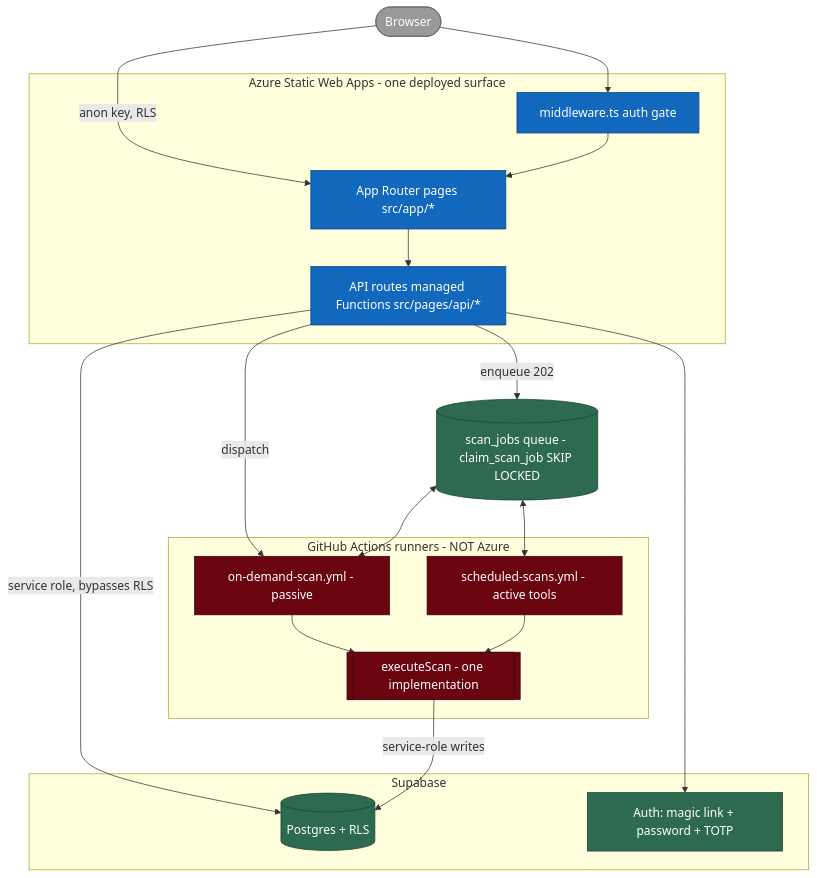
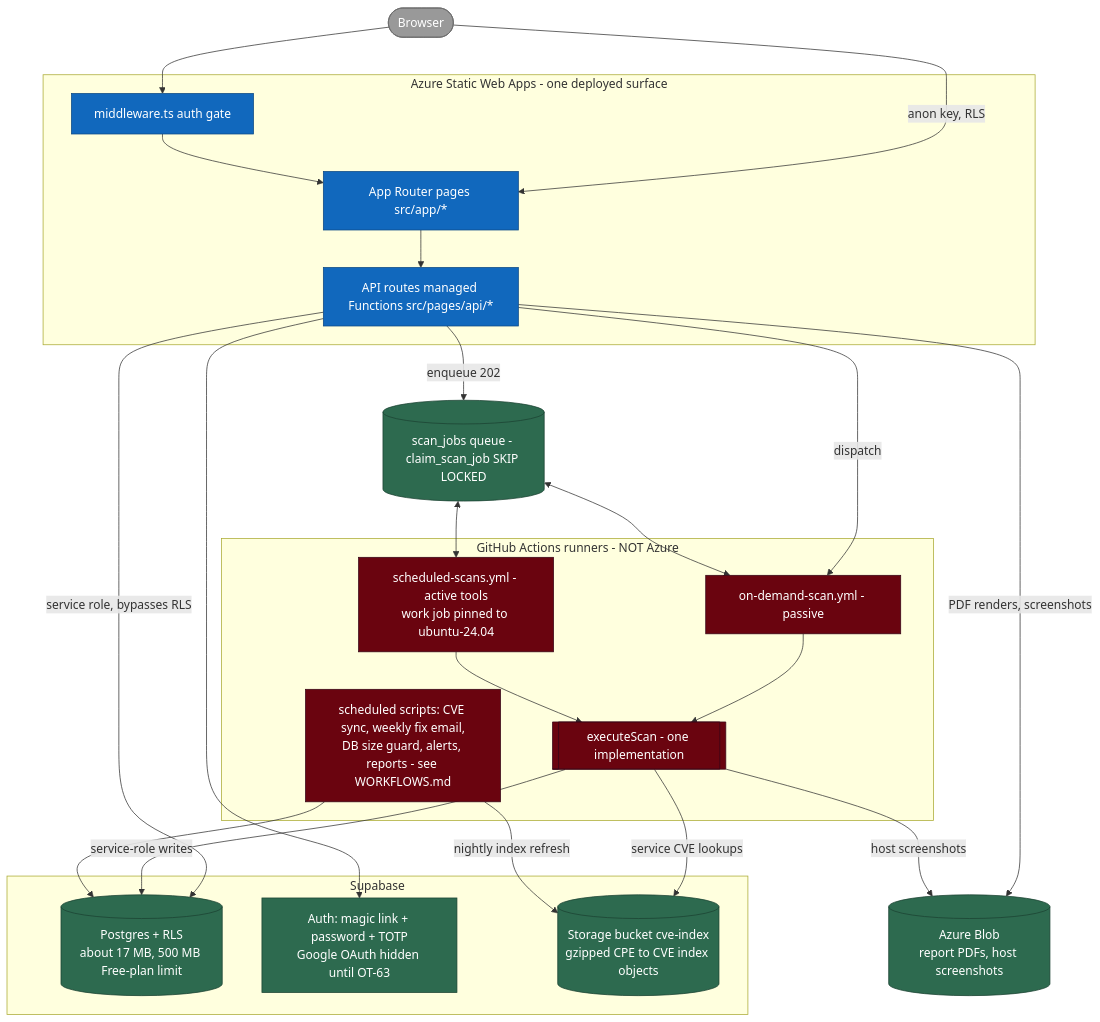
The second of 7 diagrams in hebridescyber-app/docs/architecture.md (andrew-barvas/hebrides-cyber), drawn with Mermaid before and after one commit. The commit also changed other lines of this file and 17 other files, not shown here.

````diff
--- a/hebridescyber-app/docs/architecture.md
+++ b/hebridescyber-app/docs/architecture.md
@@ -51,31 +53,39 @@
 ```mermaid
 flowchart TB
     classDef app fill:#1168bd,stroke:#0b4884,color:#fff
     classDef store fill:#2d6a4f,stroke:#1b4332,color:#fff
     classDef worker fill:#6a040f,stroke:#370617,color:#fff
     classDef ext fill:#999,stroke:#6b6b6b,color:#fff
     Browser([Browser]):::ext
     subgraph SWA[Azure Static Web Apps - one deployed surface]
         Pages[App Router pages src/app/*]:::app
         API[API routes managed Functions src/pages/api/*]:::app
         MW[middleware.ts auth gate]:::app
     end
     subgraph Data[Supabase]
-        PG[(Postgres + RLS)]:::store
-        AUTH[Auth: magic link + password + TOTP]:::store
+        PG[(Postgres + RLS<br/>about 17 MB, 500 MB Free-plan limit)]:::store
+        AUTH[Auth: magic link + password + TOTP<br/>Google OAuth hidden until OT-63]:::store
+        OBJ[(Storage bucket cve-index<br/>gzipped CPE to CVE index objects)]:::store
     end
+    BLOB[(Azure Blob<br/>report PDFs, host screenshots)]:::store
     JOBS[(scan_jobs queue - claim_scan_job SKIP LOCKED)]:::store
     subgraph Workers[GitHub Actions runners - NOT Azure]
         WON[on-demand-scan.yml - passive]:::worker
-        WSCHED[scheduled-scans.yml - active tools]:::worker
+        WSCHED[scheduled-scans.yml - active tools<br/>work job pinned to ubuntu-24.04]:::worker
         EXE[[executeScan - one implementation]]:::worker
+        CRON[scheduled scripts: CVE sync, weekly fix email,<br/>DB size guard, alerts, reports - see WORKFLOWS.md]:::worker
     end
     Browser -->|anon key, RLS| Pages
     Browser --> MW --> Pages --> API
     API -->|service role, bypasses RLS| PG
     API --> AUTH
+    API -->|PDF renders, screenshots| BLOB
     API -->|enqueue 202| JOBS
     API -->|dispatch| WON
     JOBS <--> WON & WSCHED
     WON & WSCHED --> EXE -->|service-role writes| PG
+    EXE -->|service CVE lookups| OBJ
+    EXE -->|host screenshots| BLOB
+    CRON --> PG
+    CRON -->|nightly index refresh| OBJ
 ```
````
